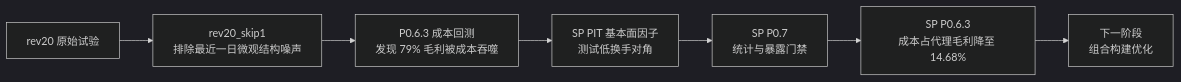
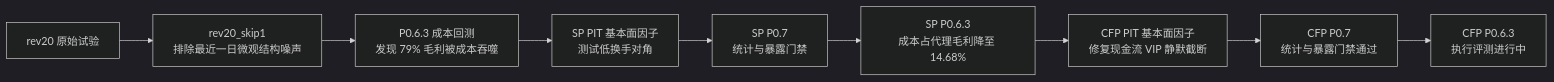
The diagram in docs/research/README.md (EddieDeng0207/quant_research_platform), drawn with Mermaid (dark theme) before and after one commit. The commit also changed other lines of this file and 2 other files, not shown here.

Commit message:
Publish CFP single-factor evaluation

````diff
--- a/docs/research/README.md
+++ b/docs/research/README.md
@@ -16,9 +17,11 @@
 ```mermaid
 flowchart LR
     A["rev20 原始试验"] --> B["rev20_skip1<br/>排除最近一日微观结构噪声"]
     B --> C["P0.6.3 成本回测<br/>发现 79% 毛利被成本吞噬"]
     C --> D["SP PIT 基本面因子<br/>测试低换手对角"]
     D --> E["SP P0.7<br/>统计与暴露门禁"]
     E --> F["SP P0.6.3<br/>成本占代理毛利降至 14.68%"]
-    F --> G["下一阶段<br/>组合构建优化"]
+    F --> G["CFP PIT 基本面因子<br/>修复现金流 VIP 静默截断"]
+    G --> H["CFP P0.7<br/>统计与暴露门禁通过"]
+    H --> I["CFP P0.6.3<br/>执行评测进行中"]
 ```
````
